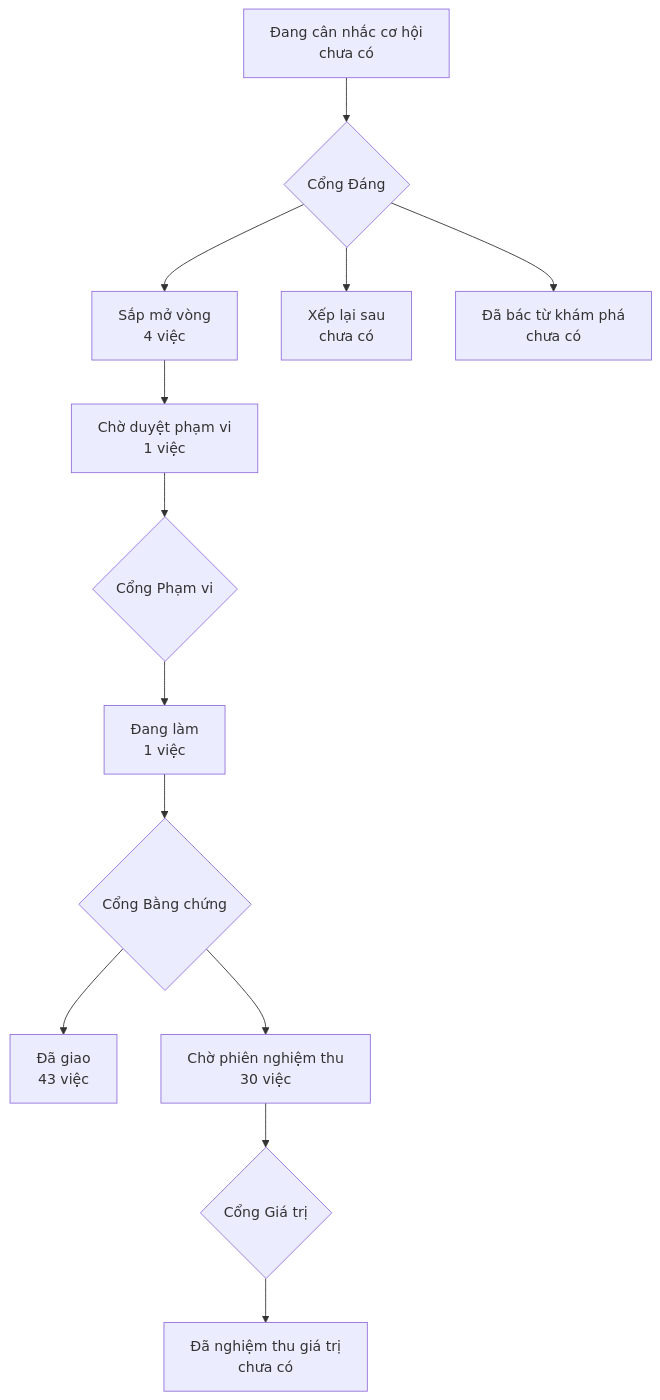
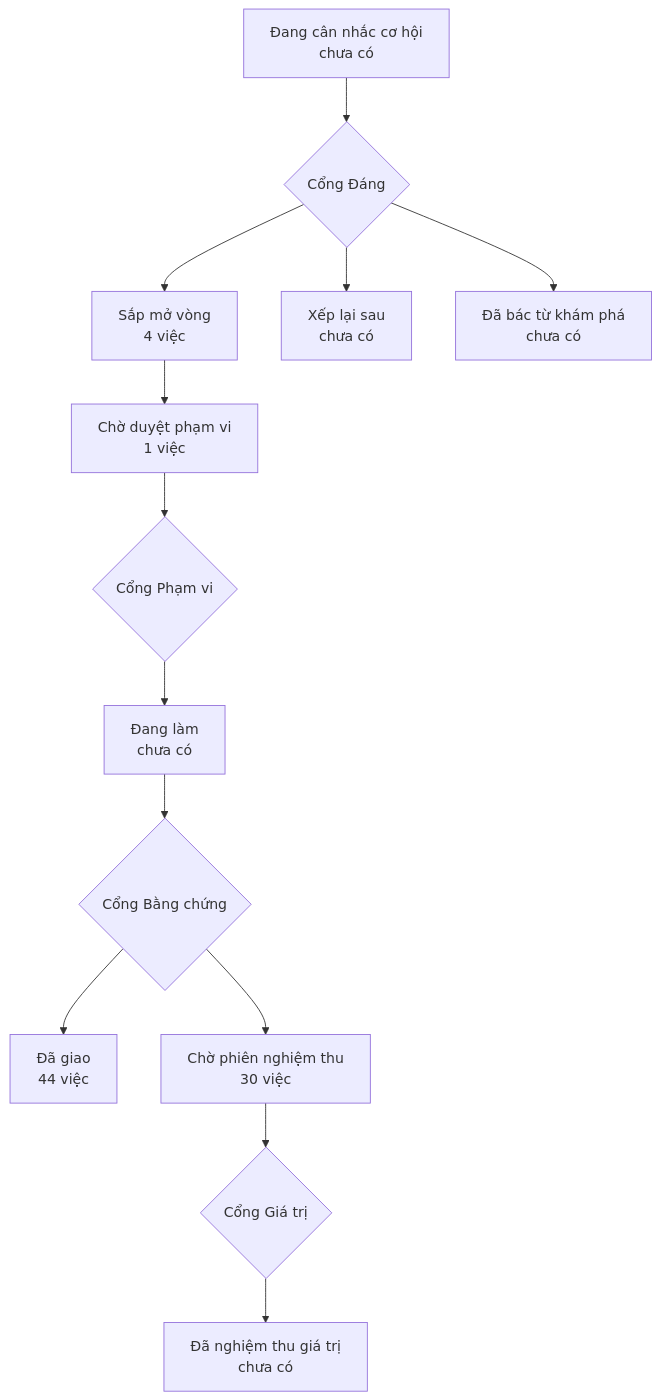
The diagram in PRODUCT-MAP.md (phanlemanh/onehub-invest), drawn with Mermaid before and after one commit. The commit also changed other lines of this file and 4 other files, not shown here.

````diff
--- a/PRODUCT-MAP.md
+++ b/PRODUCT-MAP.md
@@ -7,12 +7,12 @@
 ```mermaid
 flowchart TD
   A["Đang cân nhắc cơ hội<br/>chưa có"] --> GD{"Cổng Đáng"}
   GD --> B["Sắp mở vòng<br/>4 việc"]
   GD --> XL["Xếp lại sau<br/>chưa có"]
   GD --> DB["Đã bác từ khám phá<br/>chưa có"]
   B --> CD["Chờ duyệt phạm vi<br/>1 việc"] --> GP{"Cổng Phạm vi"}
-  GP --> DL["Đang làm<br/>1 việc"] --> GB{"Cổng Bằng chứng"}
-  GB --> DG["Đã giao<br/>43 việc"]
+  GP --> DL["Đang làm<br/>chưa có"] --> GB{"Cổng Bằng chứng"}
+  GB --> DG["Đã giao<br/>44 việc"]
   GB --> CN["Chờ phiên nghiệm thu<br/>30 việc"] --> GG{"Cổng Giá trị"}
   GG --> NT["Đã nghiệm thu giá trị<br/>chưa có"]
 ```
````
